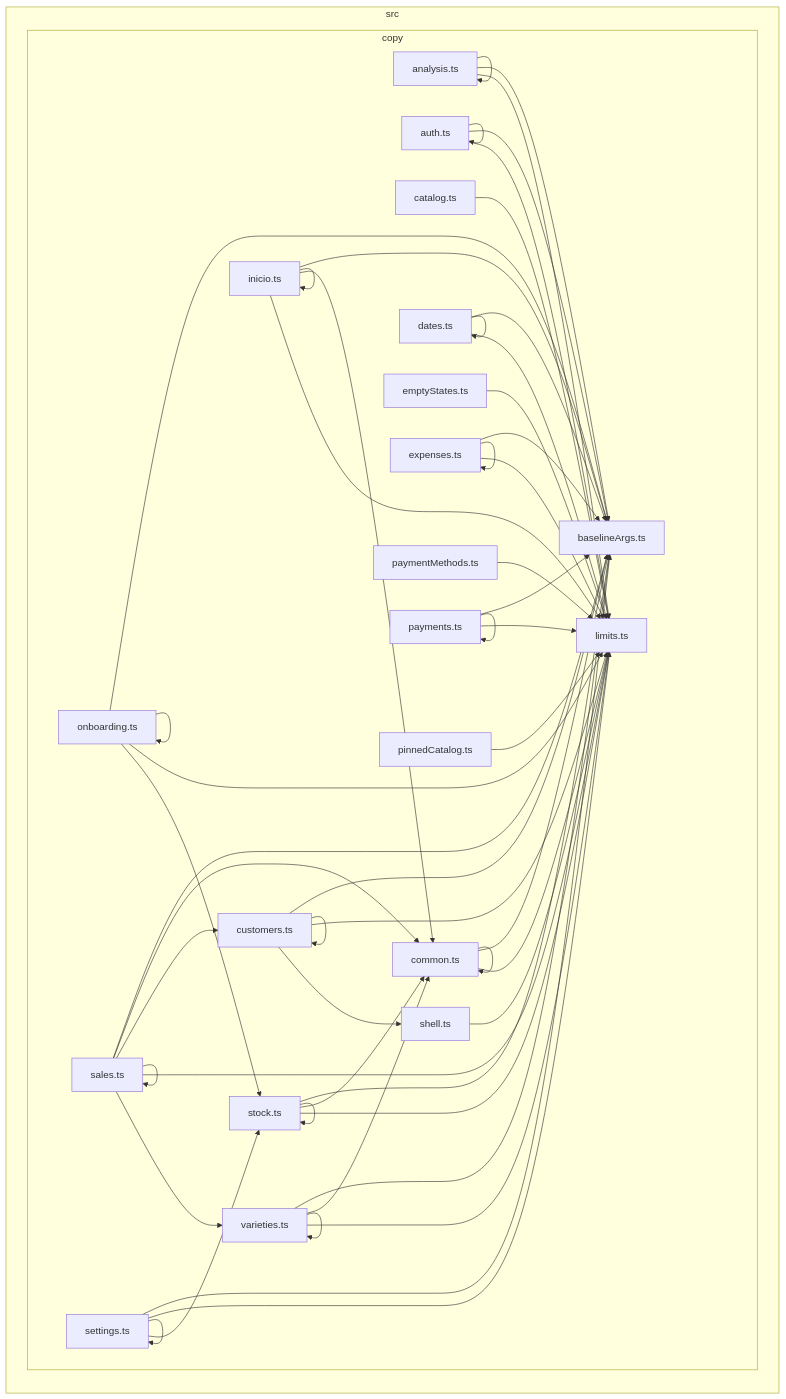
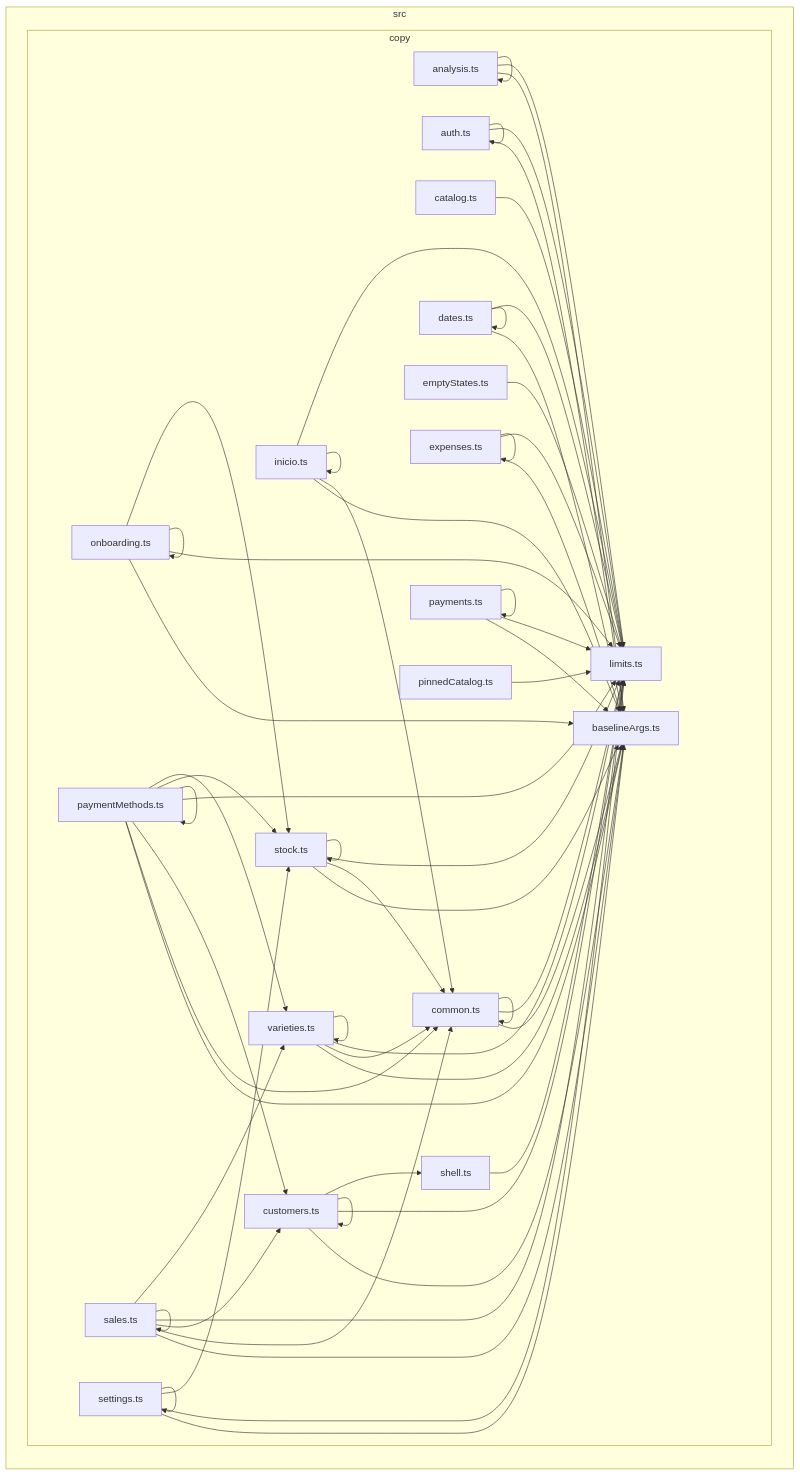
The diagram in docs/architecture/generated/front-modules/copy.md (GonzaloZevallos/apostrophe), drawn with Mermaid before and after one commit. The commit also changed 1 other file, not shown here.

Commit message:
Regenerate front-module docs for the payment methods screens
The docs check refuses a generated page that is stale.

```diff
--- a/docs/architecture/generated/front-modules/copy.md
+++ b/docs/architecture/generated/front-modules/copy.md
@@ -59,7 +59,13 @@
 src_copy_onboarding_ts-->src_copy_limits_ts
 src_copy_onboarding_ts-->src_copy_onboarding_ts
 src_copy_onboarding_ts-->src_copy_stock_ts
+src_copy_paymentMethods_ts-->src_copy_baselineArgs_ts
+src_copy_paymentMethods_ts-->src_copy_common_ts
+src_copy_paymentMethods_ts-->src_copy_customers_ts
 src_copy_paymentMethods_ts-->src_copy_limits_ts
+src_copy_paymentMethods_ts-->src_copy_paymentMethods_ts
+src_copy_paymentMethods_ts-->src_copy_stock_ts
+src_copy_paymentMethods_ts-->src_copy_varieties_ts
 src_copy_payments_ts-->src_copy_baselineArgs_ts
 src_copy_payments_ts-->src_copy_limits_ts
 src_copy_payments_ts-->src_copy_payments_ts
```
